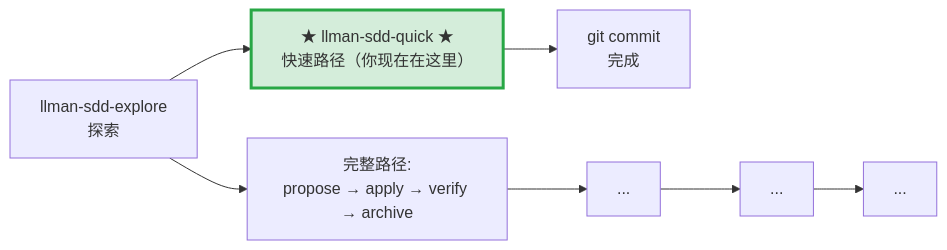
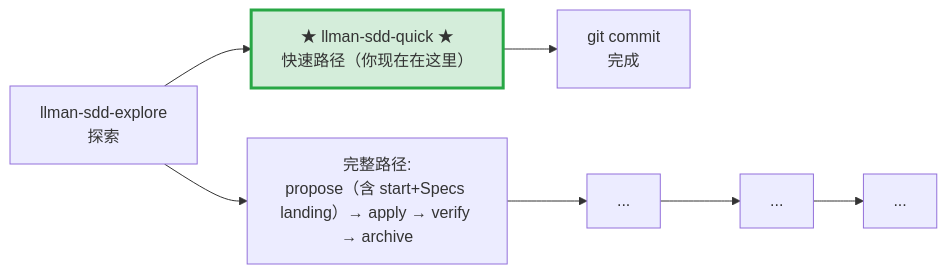
The diagram in .agents/skills/llman-sdd-quick/SKILL.md (StrayDragon/llman), drawn with Mermaid before and after one commit. The commit also changed 24 other files, not shown here.

First line of the commit message:
doc(sdd): hygiene skill templates — drop repo req tags, add git-native mermaid

````diff
--- a/.agents/skills/llman-sdd-quick/SKILL.md
+++ b/.agents/skills/llman-sdd-quick/SKILL.md
@@ -17,14 +17,14 @@
 ```mermaid
 flowchart LR
     explore["llman-sdd-explore<br/>探索"] --> quick
 
     quick["★ llman-sdd-quick ★<br/>快速路径（你现在在这里）"]
     quick --> commit["git commit<br/>完成"]
 
-    explore --> propose["完整路径:<br/>propose → apply → verify → archive"]
+    explore --> propose["完整路径:<br/>propose（含 start+Specs landing）→ apply → verify → archive"]
     propose --> apply["..."]
     apply --> verify["..."]
     verify --> archive["..."]
 
     style quick fill:#d4edda,stroke:#28a745,stroke-width:3px
 ```
````
